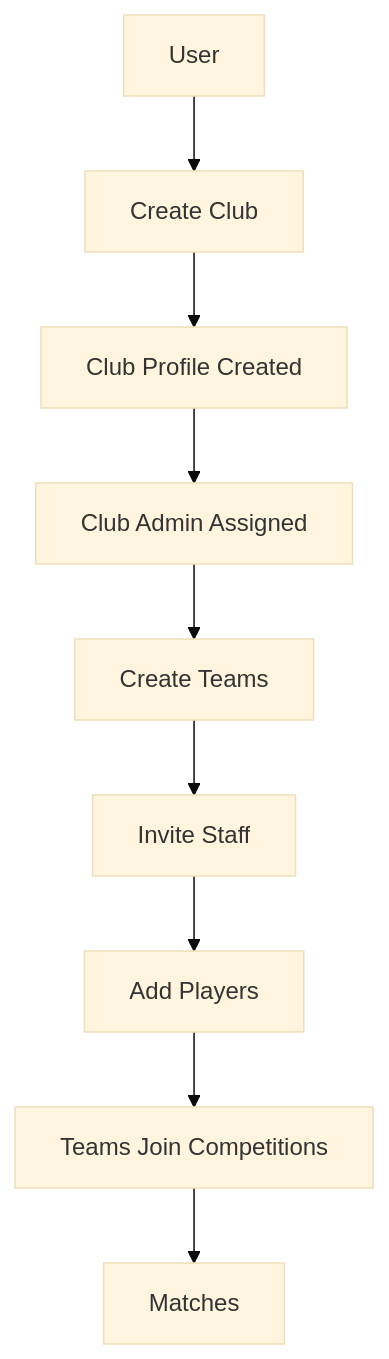
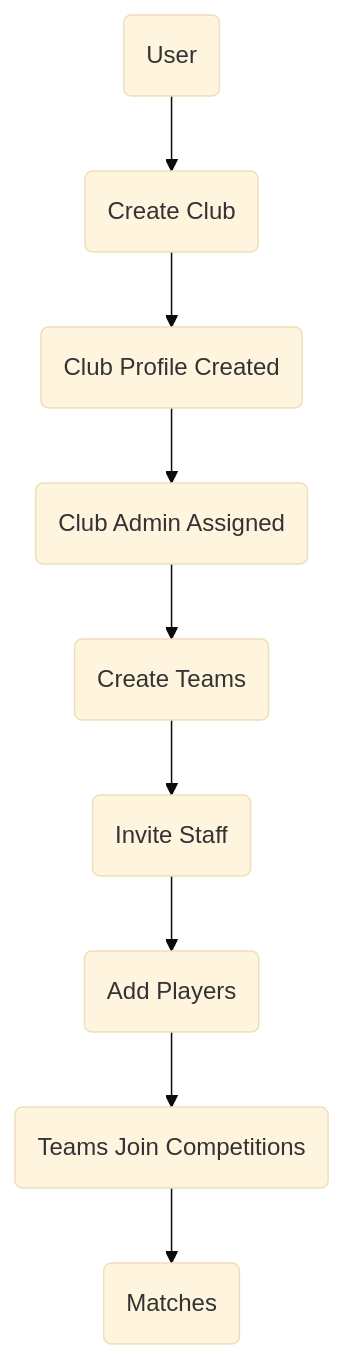
Before and after one commit to kirkajohansson-code/football-platform: the diagram in architecture/workflows/club_creation.mmd, drawn with Mermaid (base theme).

````diff
--- a/architecture/workflows/club_creation.mmd
+++ b/architecture/workflows/club_creation.mmd
@@ -3,11 +3,11 @@
 ```mermaid
-flowchart TD
-    A[User] --> B[Create Club]
-    B --> C[Club Profile Created]
-    C --> D[Club Admin Assigned]
-    D --> E[Create Teams]
-    E --> F[Invite Staff]
-    F --> G[Add Players]
-    G --> H[Teams Join Competitions]
-    H --> I[Matches]
+graph TD
+    A(User) --> B(Create Club)
+    B --> C(Club Profile Created)
+    C --> D(Club Admin Assigned)
+    D --> E(Create Teams)
+    E --> F(Invite Staff)
+    F --> G(Add Players)
+    G --> H(Teams Join Competitions)
+    H --> I(Matches)
 ```
````
